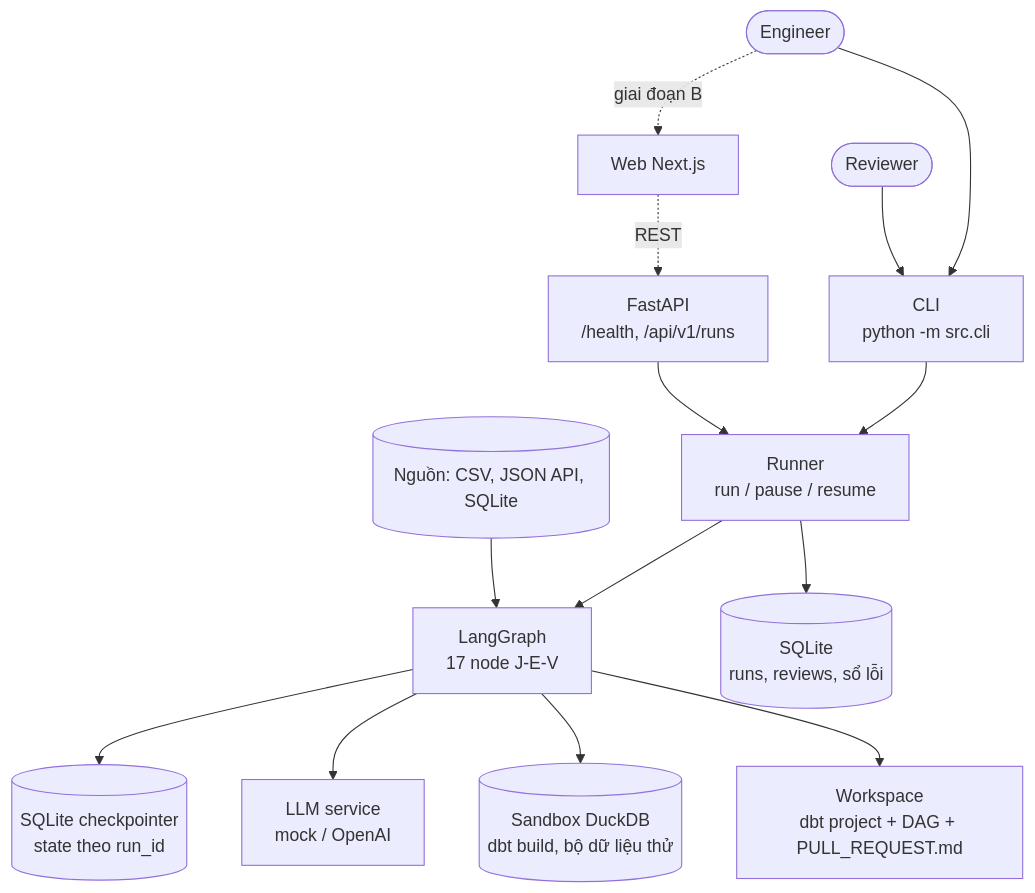
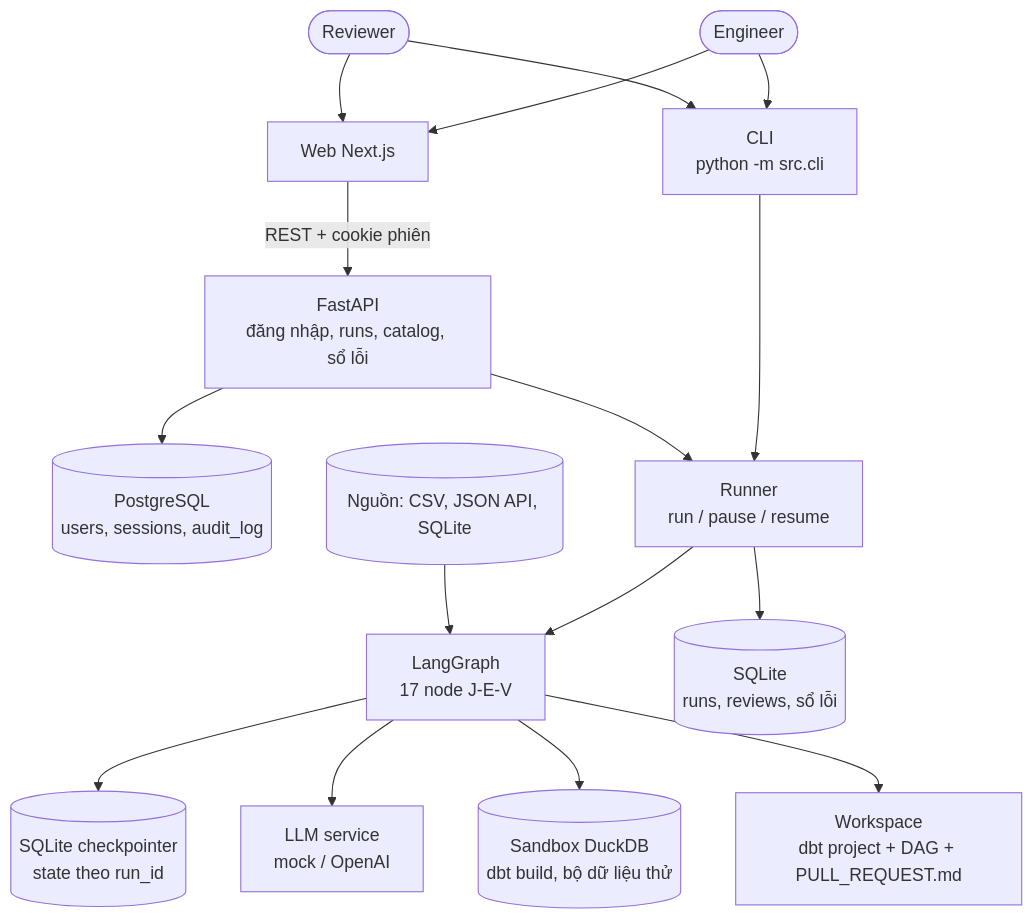
Before and after one commit to TrungTuyenDo02/AI_Agent_Pipeline_ETL-ELT: the first of 2 diagrams in docs/architecture_diagram.md, drawn with Mermaid. The commit also changed other lines of this file and 9 other files, not shown here.

````diff
--- a/docs/architecture_diagram.md
+++ b/docs/architecture_diagram.md
@@ -11,16 +11,18 @@
 ```mermaid
 graph TB
     Eng([Engineer]) --> CLI[CLI<br/>python -m src.cli]
     Rev([Reviewer]) --> CLI
-    Eng -.giai đoạn B.-> Web[Web Next.js]
-    Web -.REST.-> API[FastAPI<br/>/health, /api/v1/runs]
+    Eng --> Web[Web Next.js]
+    Rev --> Web
+    Web -->|REST + cookie phiên| API[FastAPI<br/>đăng nhập, runs, catalog, sổ lỗi]
+    API --> PG[(PostgreSQL<br/>users, sessions, audit_log)]
     CLI --> Runner[Runner<br/>run / pause / resume]
     API --> Runner
     Runner --> Graph[LangGraph<br/>17 node J-E-V]
     Runner --> Store[(SQLite<br/>runs, reviews, sổ lỗi)]
     Graph --> Ckpt[(SQLite checkpointer<br/>state theo run_id)]
     Graph --> LLM[LLM service<br/>mock / OpenAI]
     Graph --> Sandbox[(Sandbox DuckDB<br/>dbt build, bộ dữ liệu thử)]
     Graph --> WS[Workspace<br/>dbt project + DAG + PULL_REQUEST.md]
     Sources[(Nguồn: CSV, JSON API, SQLite)] --> Graph
 ```
````
